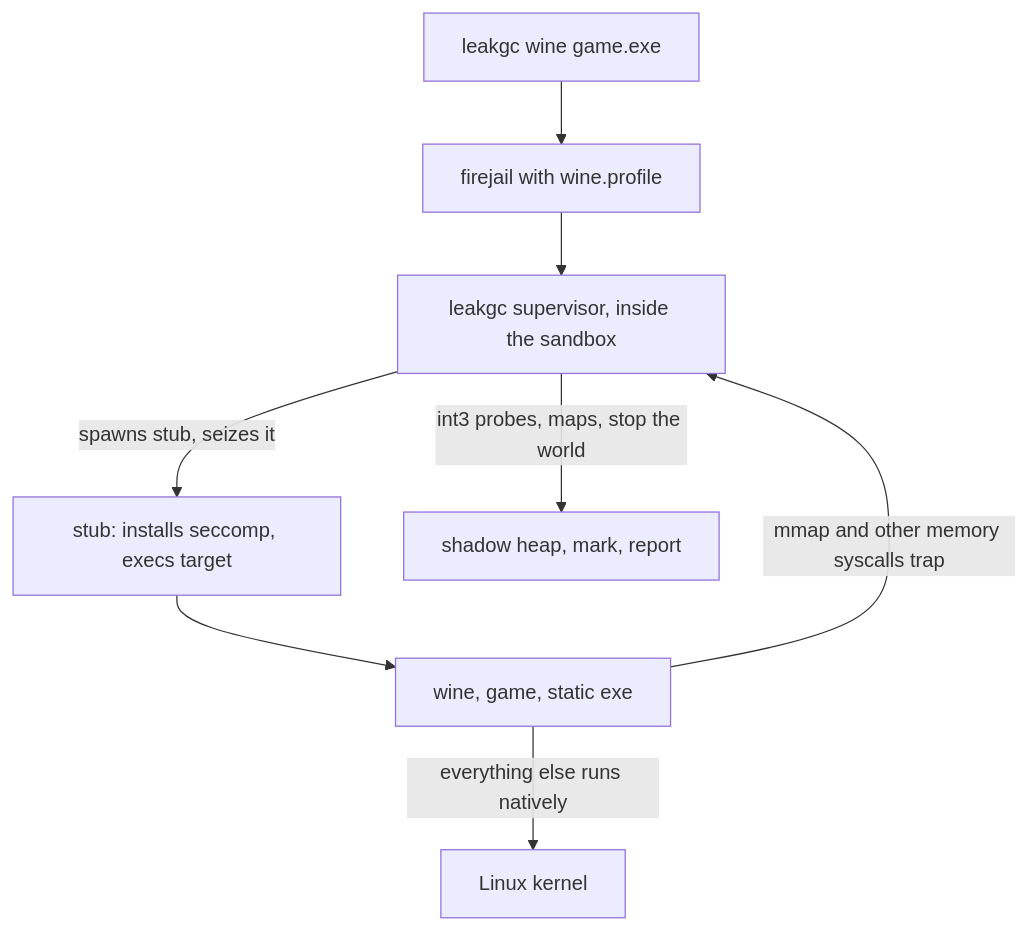
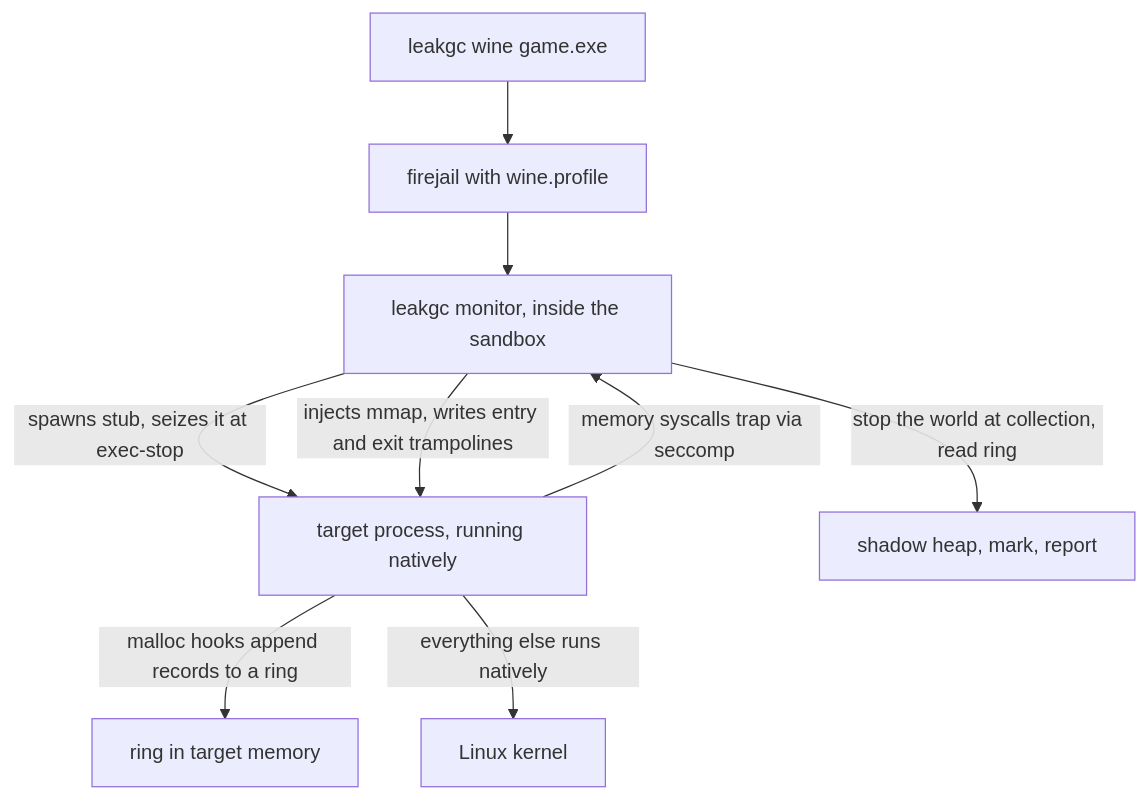
The diagram in PLAN.md (juanmaneo/leakgc), drawn with Mermaid before and after one commit. The commit also changed other lines of this file, not shown here.

Commit message:
docs: rewrite architecture for E4 (plan v3)

````diff
--- a/PLAN.md
+++ b/PLAN.md
@@ -46,10 +46,11 @@
 ```mermaid
 flowchart TD
     U[leakgc wine game.exe] --> F[firejail with wine.profile]
-    F --> S[leakgc supervisor, inside the sandbox]
-    S -->|spawns stub, seizes it| T[stub: installs seccomp, execs target]
-    T --> W[wine, game, static exe]
-    W -->|mmap and other memory syscalls trap| S
-    W -->|everything else runs natively| K[Linux kernel]
-    S -->|int3 probes, maps, stop the world| G[shadow heap, mark, report]
+    F --> S[leakgc monitor, inside the sandbox]
+    S -->|spawns stub, seizes it at exec-stop| T[target process, running natively]
+    S -->|injects mmap, writes entry and exit trampolines| T
+    T -->|malloc hooks append records to a ring| R[ring in target memory]
+    T -->|memory syscalls trap via seccomp| S
+    T -->|everything else runs natively| K[Linux kernel]
+    S -->|stop the world at collection, read ring| G[shadow heap, mark, report]
 ```
````
